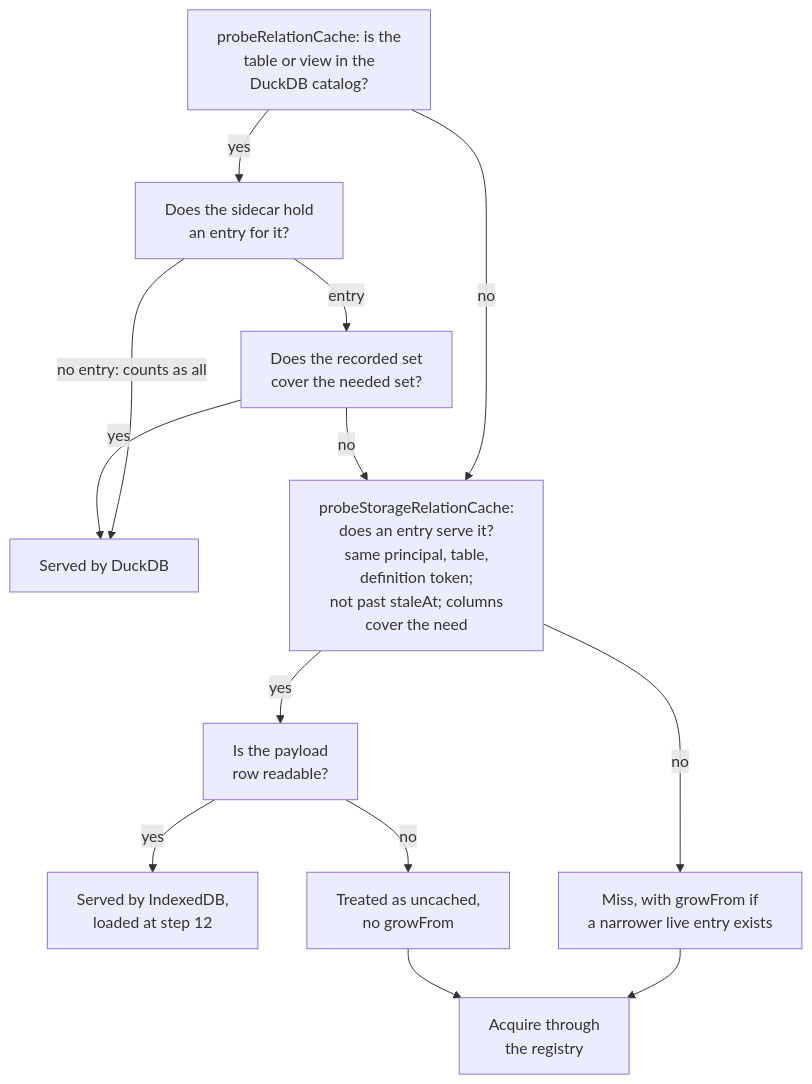
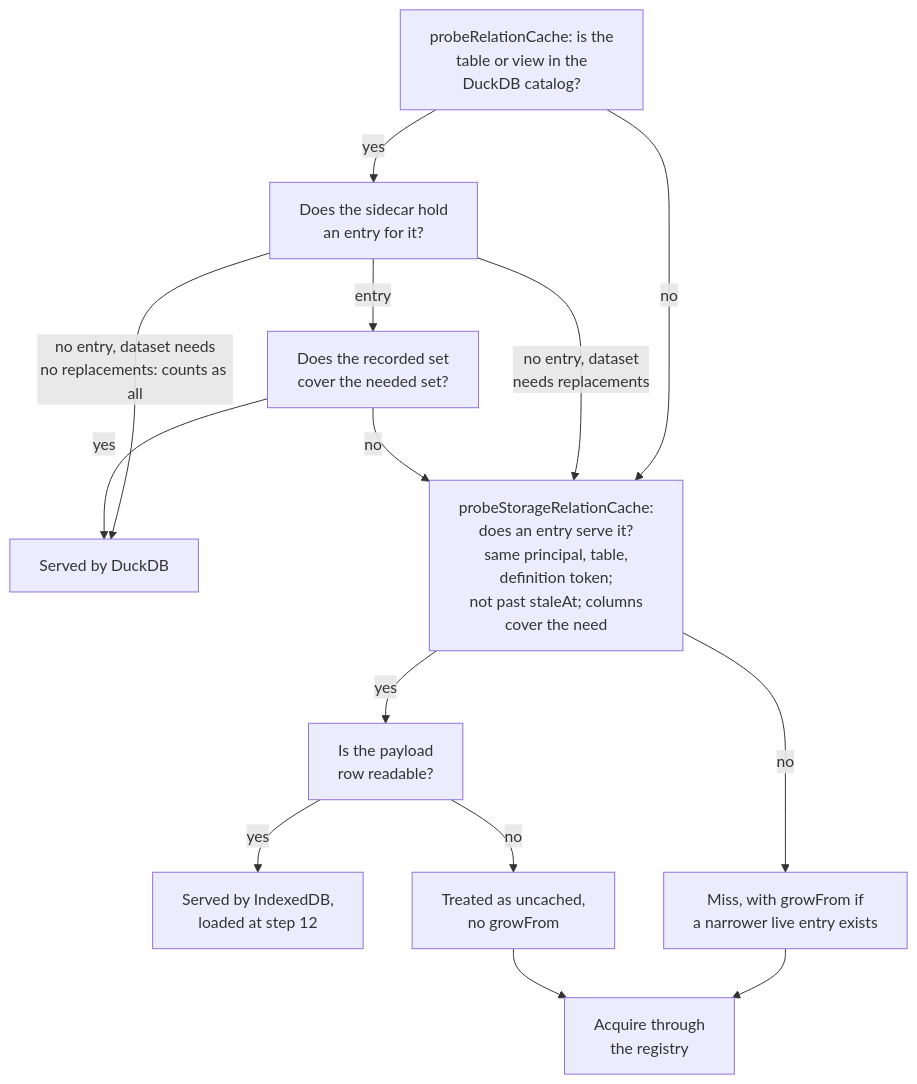
One commit to AvandarLabs/avandar changed the second of 5 diagrams in docs/qetl-architecture.md. Above: the diagram before and after it, drawn with Mermaid. The commit also changed 3 other files, not shown here.

````diff
--- a/docs/qetl-architecture.md
+++ b/docs/qetl-architecture.md
@@ -239,25 +239,26 @@
 ```mermaid
 flowchart TD
   A["probeRelationCache: is the<br/>table or view in the<br/>DuckDB catalog?"]
   B["Does the sidecar hold<br/>an entry for it?"]
   C["Does the recorded set<br/>cover the needed set?"]
   HIT1["Served by DuckDB"]
   D["probeStorageRelationCache:<br/>does an entry serve it?<br/>same principal, table,<br/>definition token;<br/>not past staleAt; columns<br/>cover the need"]
   E["Is the payload<br/>row readable?"]
   HIT2["Served by IndexedDB,<br/>loaded at step 12"]
   F["Miss, with growFrom if<br/>a narrower live entry exists"]
   G["Treated as uncached,<br/>no growFrom"]
   H["Acquire through<br/>the registry"]
   A -->|"no"| D
   A -->|"yes"| B
-  B -->|"no entry: counts as all"| HIT1
+  B -->|"no entry, dataset needs<br/>no replacements: counts as all"| HIT1
+  B -->|"no entry, dataset<br/>needs replacements"| D
   B -->|"entry"| C
   C -->|"yes"| HIT1
   C -->|"no"| D
   D -->|"yes"| E
   D -->|"no"| F
   E -->|"yes"| HIT2
   E -->|"no"| G
   F --> H
   G --> H
 ```
````
